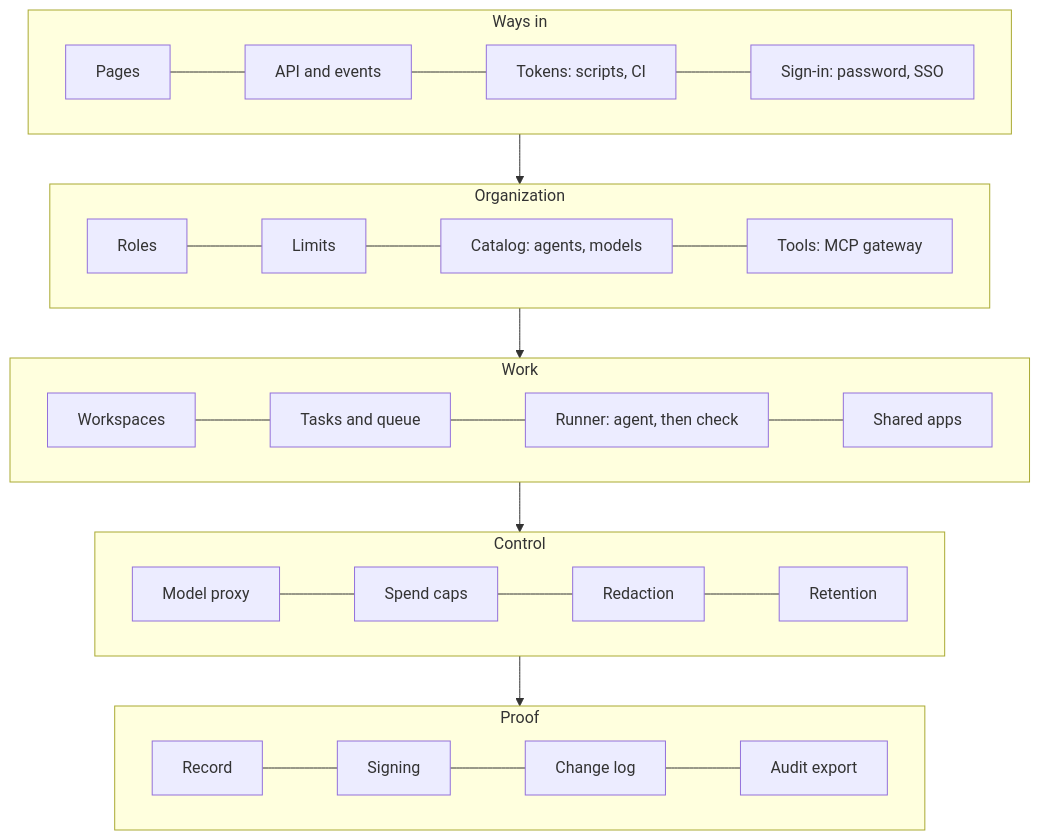
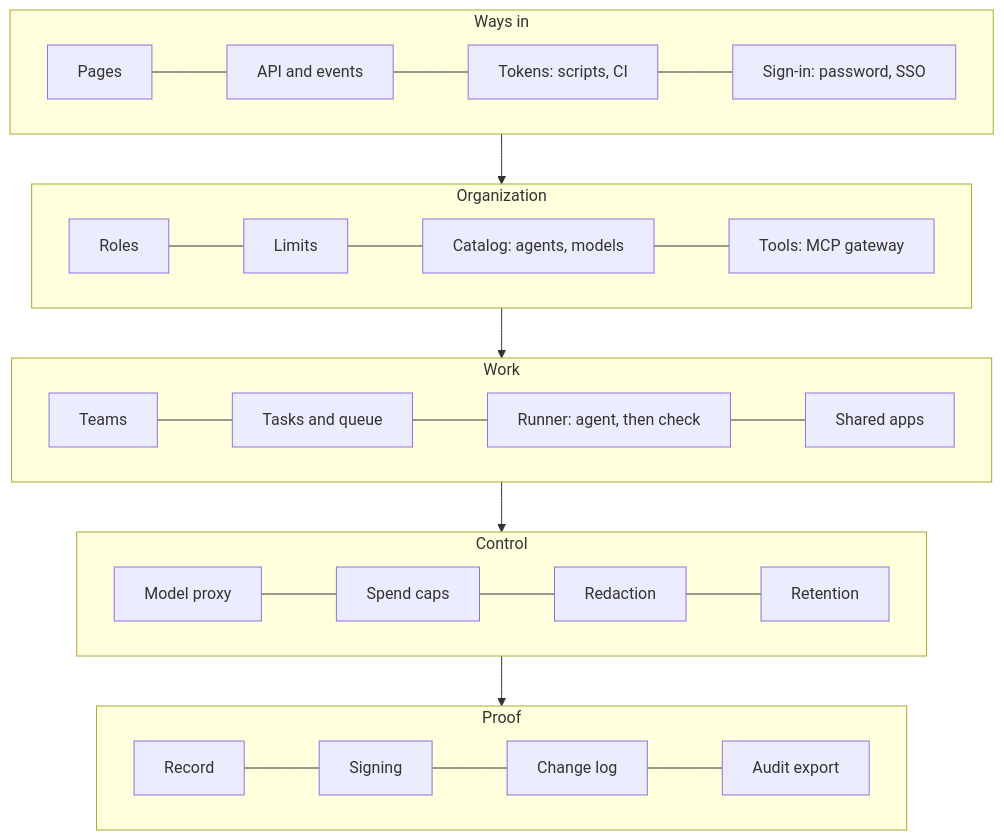
Before and after one commit to getlatentic/gusto: the third of 5 diagrams in docs/ARCHITECTURE.md, drawn with Mermaid. The commit also changed other lines of this file and 147 other files, not shown here.

````diff
--- a/docs/ARCHITECTURE.md
+++ b/docs/ARCHITECTURE.md
@@ -63,19 +63,19 @@
 ```mermaid
 flowchart TB
   subgraph in["Ways in"]
     P1[Pages] --- P2[API and events] --- P3[Tokens: scripts, CI] --- P4[Sign-in: password, SSO]
   end
   subgraph org["Organization"]
     O1[Roles] --- O2[Limits] --- O3[Catalog: agents, models] --- O4[Tools: MCP gateway]
   end
   subgraph work["Work"]
-    W1[Workspaces] --- W2[Tasks and queue] --- W3[Runner: agent, then check] --- W4[Shared apps]
+    W1[Teams] --- W2[Tasks and queue] --- W3[Runner: agent, then check] --- W4[Shared apps]
   end
   subgraph ctl["Control"]
     C1[Model proxy] --- C2[Spend caps] --- C3[Redaction] --- C4[Retention]
   end
   subgraph proof["Proof"]
     R1[Record] --- R2[Signing] --- R3[Change log] --- R4[Audit export]
   end
   in --> org --> work --> ctl --> proof
 ```
````
